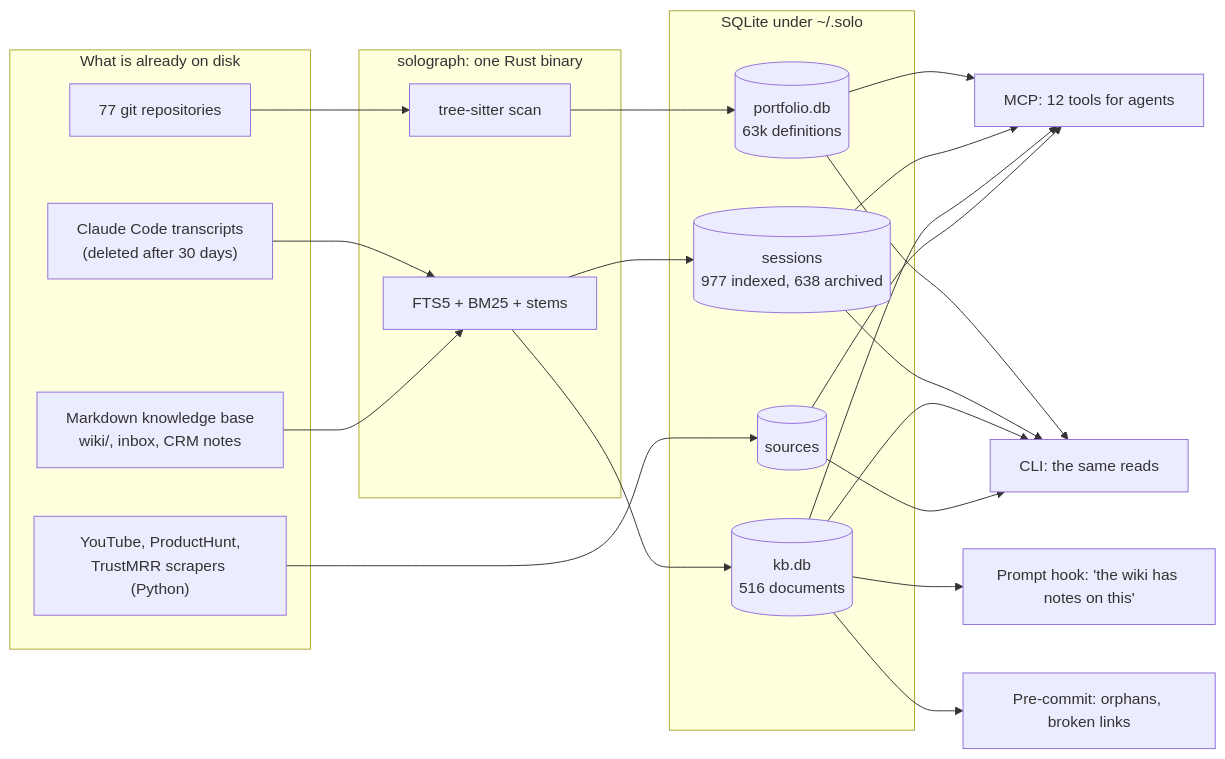
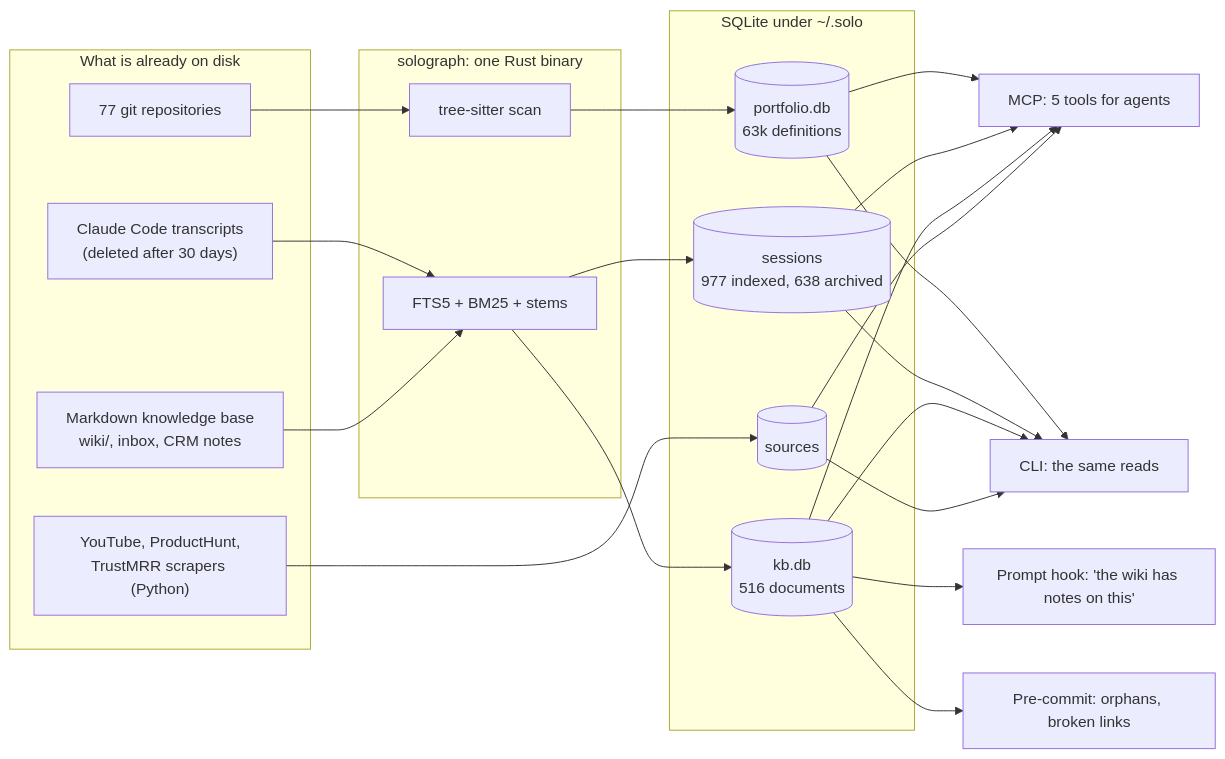
The first of 4 diagrams in src/content/posts/solograph-rebuilt-one-binary.md (fortunto2/rustman-blog), drawn with Mermaid before and after one commit. The commit also changed other lines of this file, not shown here.

Commit message:
wiki: update content 2026-10-28

````diff
--- a/src/content/posts/solograph-rebuilt-one-binary.md
+++ b/src/content/posts/solograph-rebuilt-one-binary.md
@@ -52,27 +52,27 @@
 ```mermaid
 flowchart LR
     subgraph Disk["What is already on disk"]
         R["77 git repositories"]
         T["Claude Code transcripts<br/>(deleted after 30 days)"]
         W["Markdown knowledge base<br/>wiki/, inbox, CRM notes"]
         Y["YouTube, ProductHunt,<br/>TrustMRR scrapers (Python)"]
     end
     subgraph Bin["solograph: one Rust binary"]
         S["tree-sitter scan"]
         F["FTS5 + BM25 + stems"]
     end
     subgraph DB["SQLite under ~/.solo"]
         P[("portfolio.db<br/>63k definitions")]
         SE[("sessions<br/>977 indexed, 638 archived")]
         K[("kb.db<br/>516 documents")]
         SO[("sources")]
     end
     R --> S --> P
     T --> F --> SE
     W --> F --> K
     Y --> SO
-    P & SE & K & SO --> O["MCP: 12 tools for agents"]
+    P & SE & K & SO --> O["MCP: 5 tools for agents"]
     P & SE & K & SO --> C["CLI: the same reads"]
     K --> H["Prompt hook: 'the wiki has notes on this'"]
     K --> G["Pre-commit: orphans, broken links"]
 ```
````
